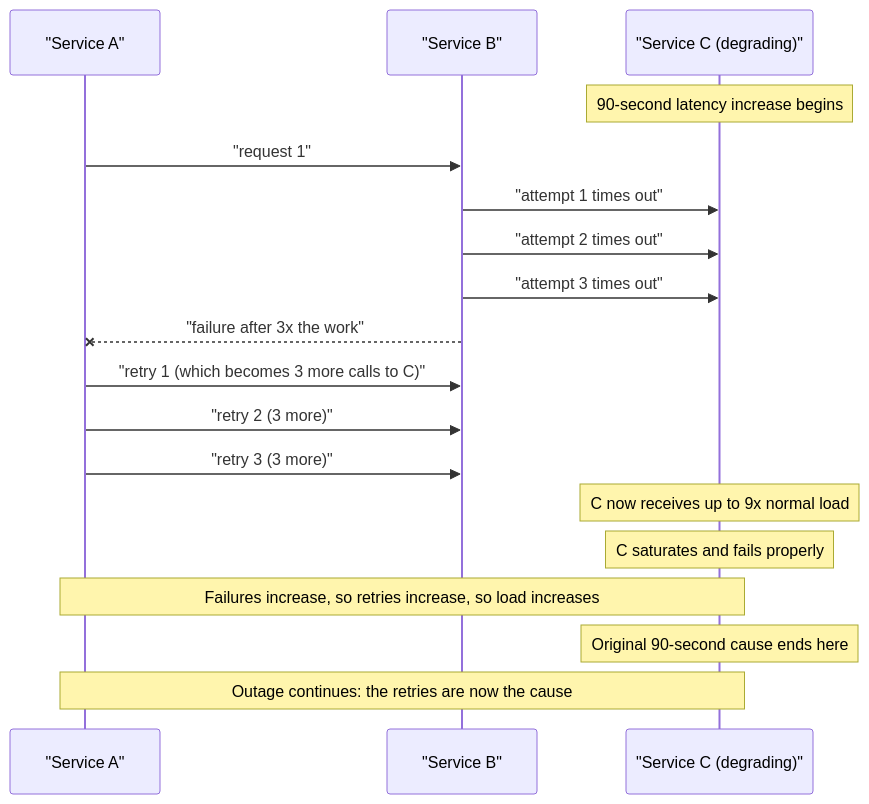
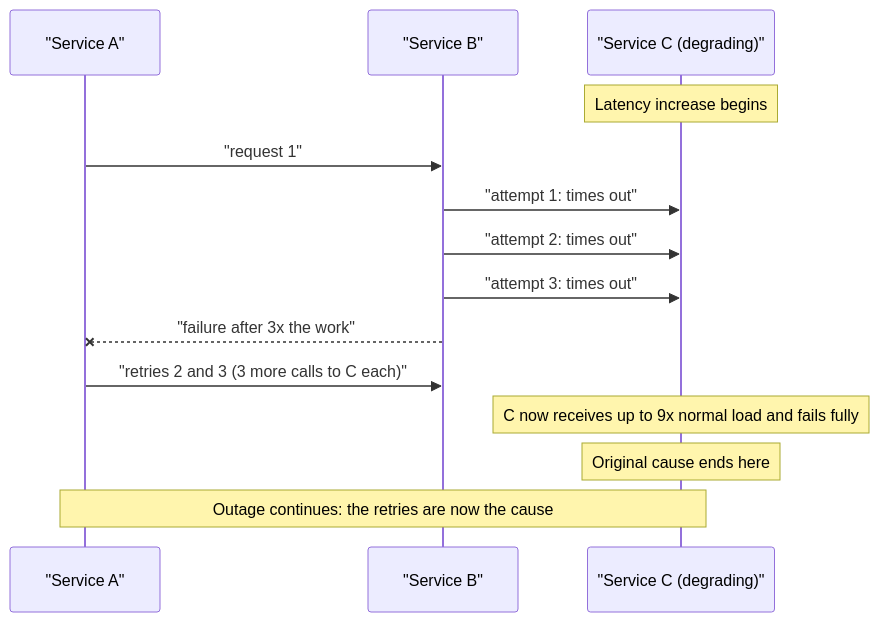
The first of 5 diagrams in docs/unit4/topic3.md (norbutlepcha25/dso303), drawn with Mermaid before and after one commit. The commit also changed other lines of this file and 12 other files, not shown here.

````diff
--- a/docs/unit4/topic3.md
+++ b/docs/unit4/topic3.md
@@ -111,20 +95,16 @@
 ```mermaid
 sequenceDiagram
     participant A as "Service A"
     participant B as "Service B"
     participant C as "Service C (degrading)"
-    Note over C: 90-second latency increase begins
+    Note over C: Latency increase begins
     A->>B: "request 1"
-    B->>C: "attempt 1  times out"
-    B->>C: "attempt 2  times out"
-    B->>C: "attempt 3  times out"
+    B->>C: "attempt 1: times out"
+    B->>C: "attempt 2: times out"
+    B->>C: "attempt 3: times out"
     B--xA: "failure after 3x the work"
-    A->>B: "retry 1 (which becomes 3 more calls to C)"
-    A->>B: "retry 2 (3 more)"
-    A->>B: "retry 3 (3 more)"
-    Note over C: C now receives up to 9x normal load
-    Note over C: C saturates and fails properly
-    Note over A,C: Failures increase, so retries increase, so load increases
-    Note over C: Original 90-second cause ends here
+    A->>B: "retries 2 and 3 (3 more calls to C each)"
+    Note over C: C now receives up to 9x normal load and fails fully
+    Note over C: Original cause ends here
     Note over A,C: Outage continues: the retries are now the cause
 ```
````
